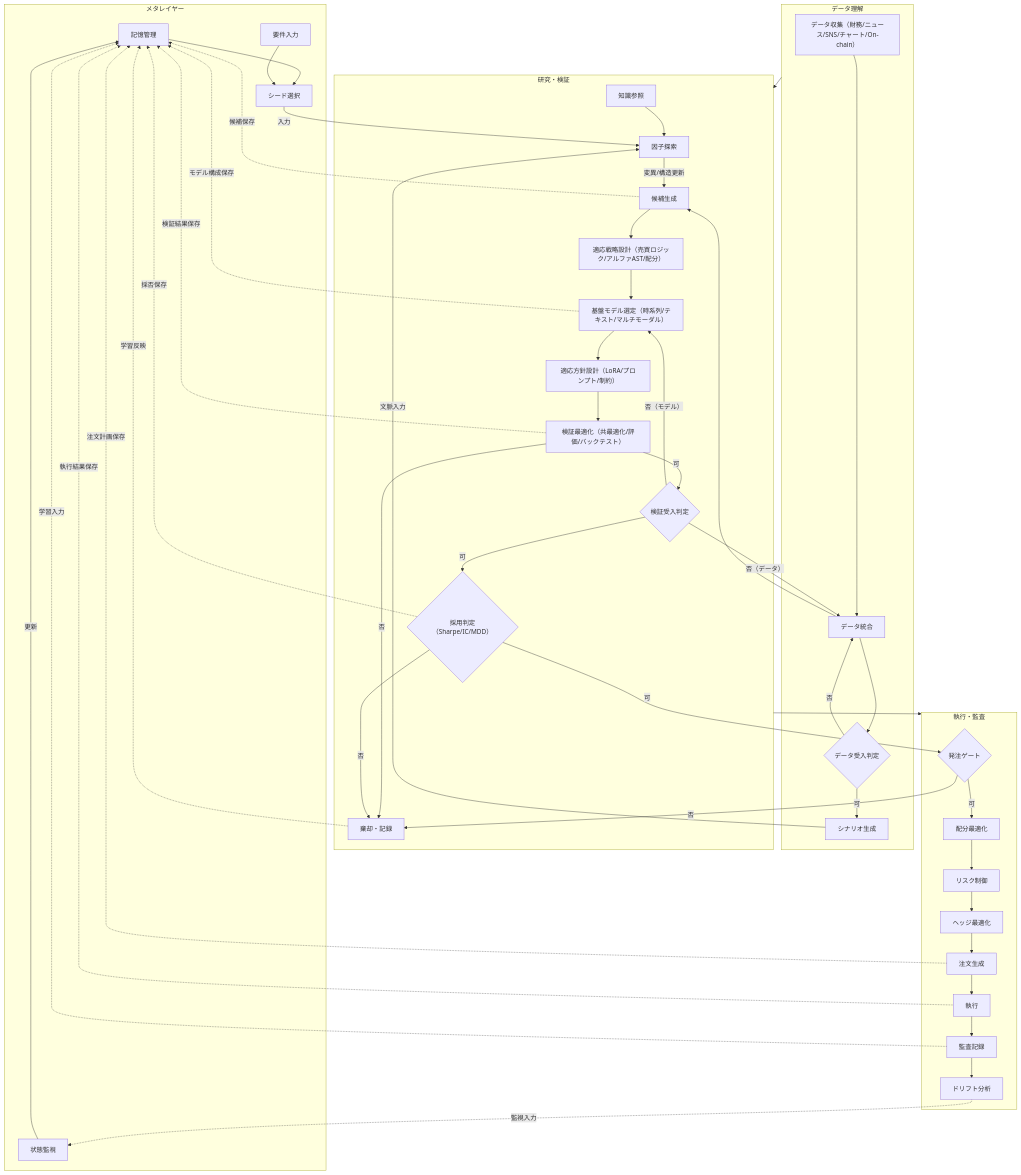
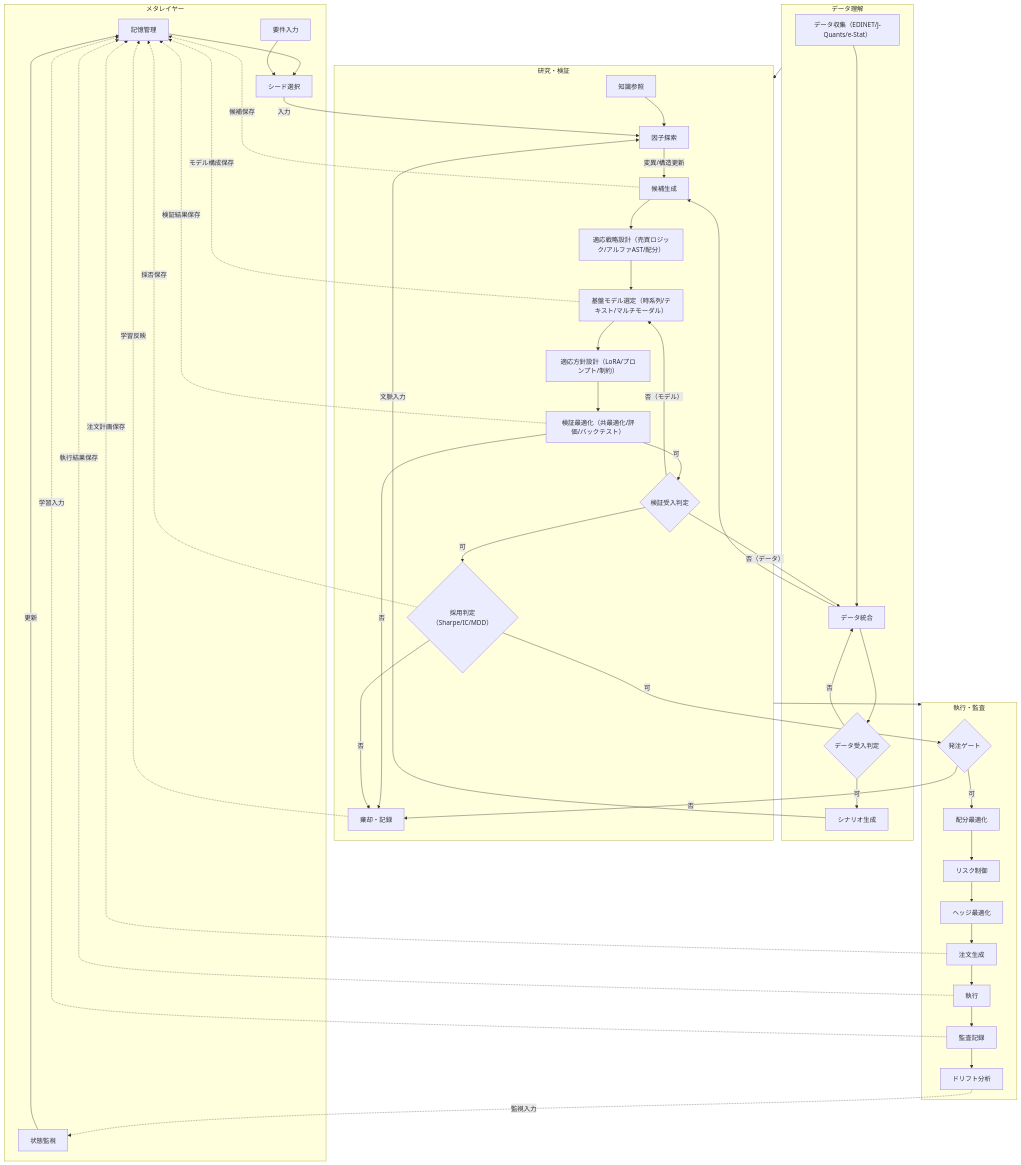
Before and after one commit to KAFKA2306/investor: the diagram in docs/diagrams/simpleflowchart.md, drawn with Mermaid. The commit also changed 19 other files, not shown here.

````diff
--- a/docs/diagrams/simpleflowchart.md
+++ b/docs/diagrams/simpleflowchart.md
@@ -5,62 +5,62 @@
 ```mermaid
 flowchart TD
     subgraph メタレイヤー [メタレイヤー]
         記憶管理["記憶管理"]
         状態監視["状態監視"]
         要件入力["要件入力"]
         シード選択["シード選択"]
         状態監視 --> |更新| 記憶管理
         記憶管理 --> シード選択
         要件入力 --> シード選択
     end
 
     subgraph データ理解層 [データ理解]
-        データ収集["データ収集（財務/ニュース/SNS/チャート/On-chain）"] --> データ統合["データ統合"]
+        データ収集["データ収集（EDINET/J-Quants/e-Stat）"] --> データ統合["データ統合"]
         データ統合 --> データ受入判定{"データ受入判定"}
         データ受入判定 -- "可" --> シナリオ生成["シナリオ生成"]
         データ受入判定 -- "否" --> データ統合
     end
 
     subgraph 研究検証フェーズ [研究・検証]
         知識参照["知識参照"] --> 因子探索["因子探索"]
         シード選択 --> |入力| 因子探索
         シナリオ生成 --> |文脈入力| 因子探索
         因子探索 --> |変異/構造更新| 候補生成["候補生成"]
         データ統合 --> 候補生成
         候補生成 -.-> |候補保存| 記憶管理
         候補生成 --> 適応戦略設計["適応戦略設計（売買ロジック/アルファAST/配分）"]
         適応戦略設計 --> 基盤モデル選定["基盤モデル選定（時系列/テキスト/マルチモーダル）"]
         基盤モデル選定 --> 適応方針設計["適応方針設計（LoRA/プロンプト/制約）"]
         適応方針設計 --> 検証最適化["検証最適化（共最適化/評価/バックテスト）"]
         基盤モデル選定 -.-> |モデル構成保存| 記憶管理
         検証最適化 -- "否" --> 棄却["棄却・記録"]
         検証最適化 -- "可" --> 検証受入判定{"検証受入判定"}
         検証受入判定 -- "可" --> 採用判定{"採用判定（Sharpe/IC/MDD）"}
         検証受入判定 -- "否（データ）" --> データ統合
         検証受入判定 -- "否（モデル）" --> 基盤モデル選定
         検証最適化 -.-> |検証結果保存| 記憶管理
         採用判定 -- "否" --> 棄却
         採用判定 -.-> |採否保存| 記憶管理
         
         棄却 -.-> |学習反映| 記憶管理
     end
 
     subgraph 執行監査フェーズ [執行・監査]
         採用判定 -- "可" --> 発注ゲート{"発注ゲート"}
         発注ゲート -- "可" --> 配分最適化["配分最適化"]
         発注ゲート -- "否" --> 棄却
         配分最適化 --> リスク制御["リスク制御"]
         リスク制御 --> ヘッジ最適化["ヘッジ最適化"]
         ヘッジ最適化 --> 注文生成["注文生成"]
         注文生成 --> 執行["執行"]
         注文生成 -.-> |注文計画保存| 記憶管理
         執行 -.-> |執行結果保存| 記憶管理
         執行 --> 監査記録["監査記録"]
         監査記録 --> ドリフト分析["ドリフト分析"]
         ドリフト分析 -.-> |監視入力| 状態監視
         監査記録 -.-> |学習入力| 記憶管理
     end
 
     データ理解層 --> 研究検証フェーズ
     研究検証フェーズ --> 執行監査フェーズ
 ```
````
